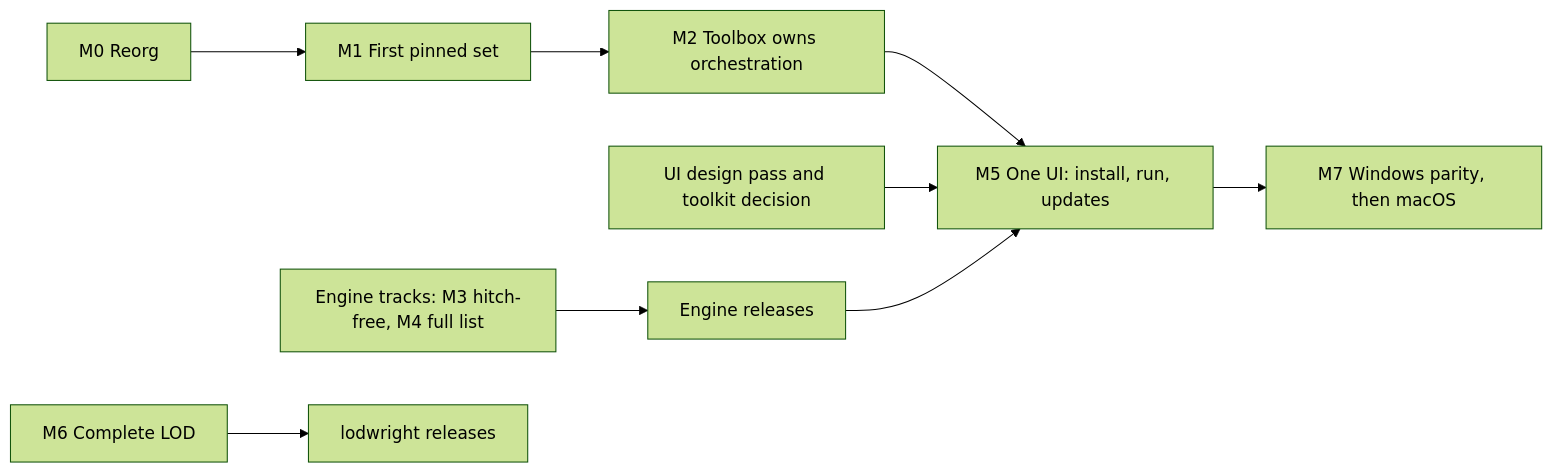
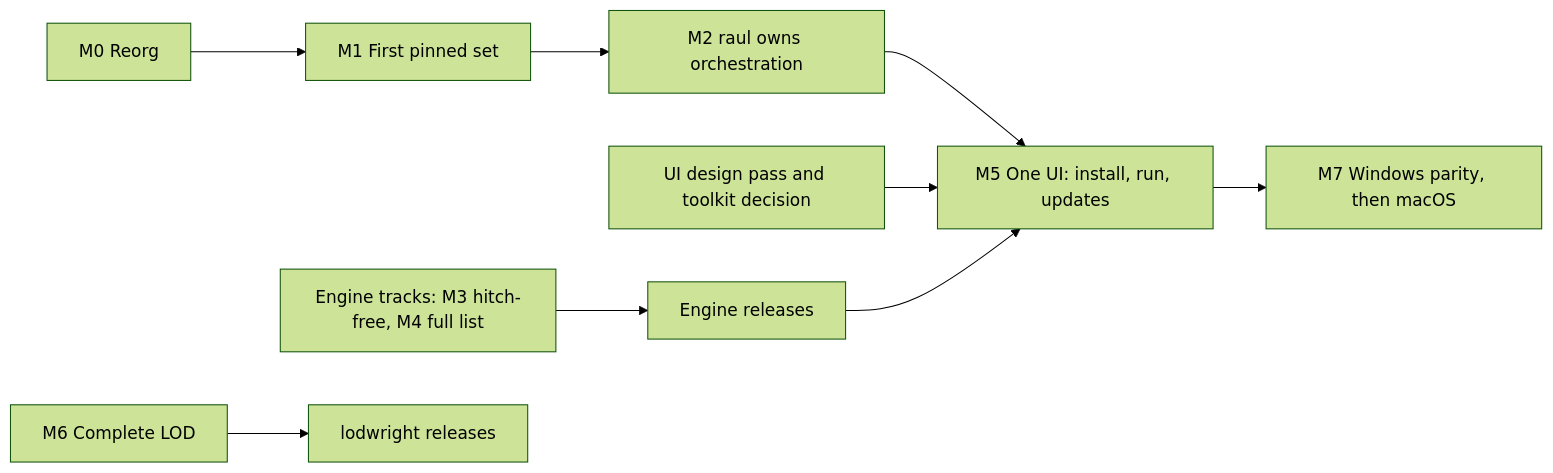
One commit to JorisJonkers-dev/rauls-trusty-toolbox changed the diagram in docs/REORG.md. Above: the diagram before and after it, drawn with Mermaid (forest theme). The commit also changed other lines of this file and 6 other files, not shown here.

````diff
--- a/docs/REORG.md
+++ b/docs/REORG.md
@@ -395,11 +422,11 @@
 ```mermaid
 flowchart LR
   M0[M0 Reorg] --> M1[M1 First pinned set]
-  M1 --> M2[M2 Toolbox owns orchestration]
+  M1 --> M2[M2 raul owns orchestration]
   M2 --> M5[M5 One UI: install, run, updates]
   D[UI design pass and toolkit decision] --> M5
   E[Engine tracks: M3 hitch-free, M4 full list] --> R[Engine releases]
   R --> M5
   L[M6 Complete LOD] --> R2[lodwright releases]
   M5 --> M7[M7 Windows parity, then macOS]
 ```
````
